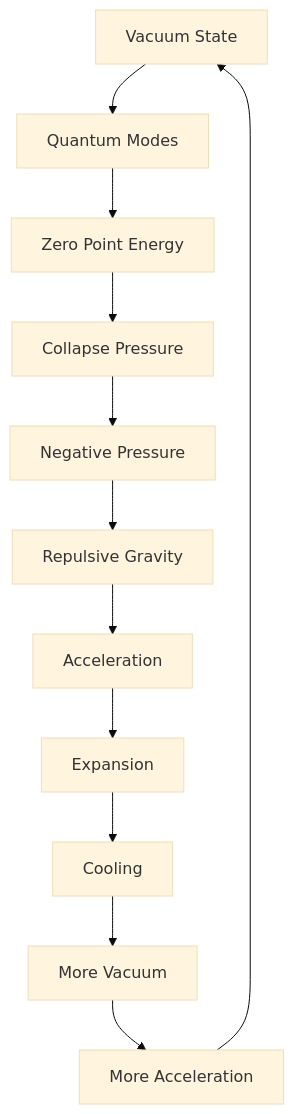
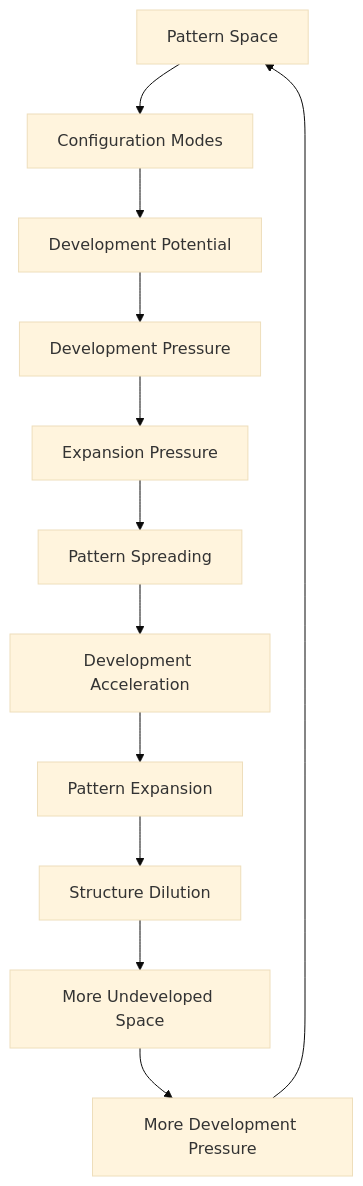
One commit to loning/the-phys changed the second of 2 diagrams in docs/psi-structum/book-1-collapse-ontology/part-04-quantum-gravity/chapter-059-dark-energy-collapse-pressure.md. Above: the diagram before and after it, drawn with Mermaid (base theme). The commit also changed other lines of this file and 19 other files, not shown here.

````diff
--- a/docs/psi-structum/book-1-collapse-ontology/part-04-quantum-gravity/chapter-059-dark-energy-collapse-pressure.md
+++ b/docs/psi-structum/book-1-collapse-ontology/part-04-quantum-gravity/chapter-059-dark-energy-collapse-pressure.md
@@ -191,14 +217,14 @@
 ```mermaid
 graph TD
-    A[Vacuum State] --> B[Quantum Modes]
-    B --> C[Zero Point Energy]
-    C --> D[Collapse Pressure]
-    D --> E[Negative Pressure]
-    E --> F[Repulsive Gravity]
-    F --> G[Acceleration]
-    G --> H[Expansion]
-    H --> I[Cooling]
-    I --> J[More Vacuum]
-    J --> K[More Acceleration]
+    A[Pattern Space] --> B[Configuration Modes]
+    B --> C[Development Potential]
+    C --> D[Development Pressure]
+    D --> E[Expansion Pressure]
+    E --> F[Pattern Spreading]
+    F --> G[Development Acceleration]
+    G --> H[Pattern Expansion]
+    H --> I[Structure Dilution]
+    I --> J[More Undeveloped Space]
+    J --> K[More Development Pressure]
     K --> A
 ```
````
